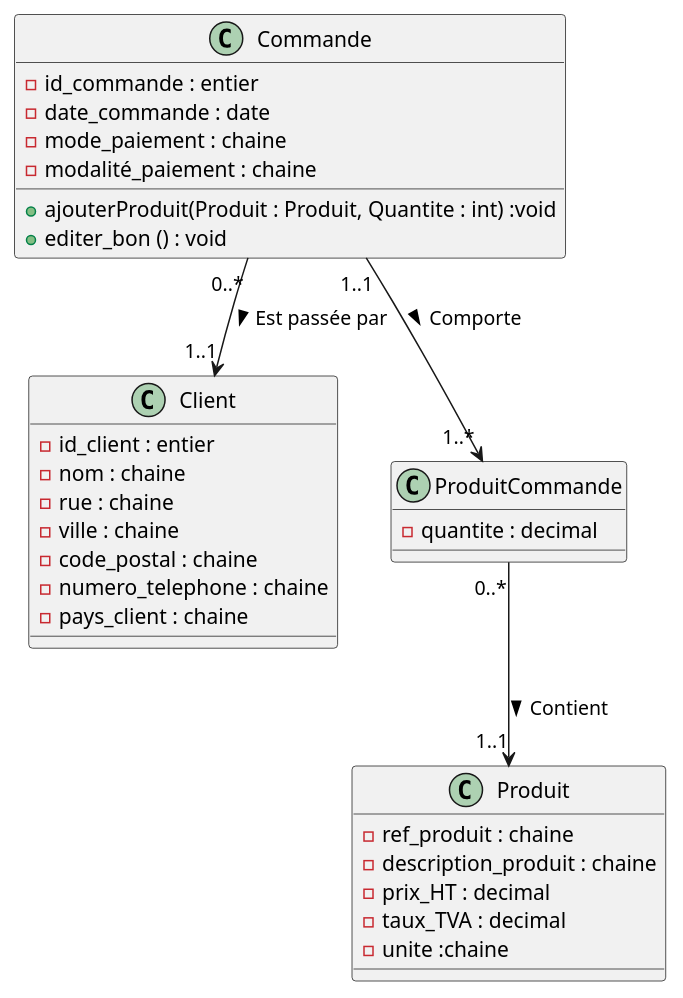
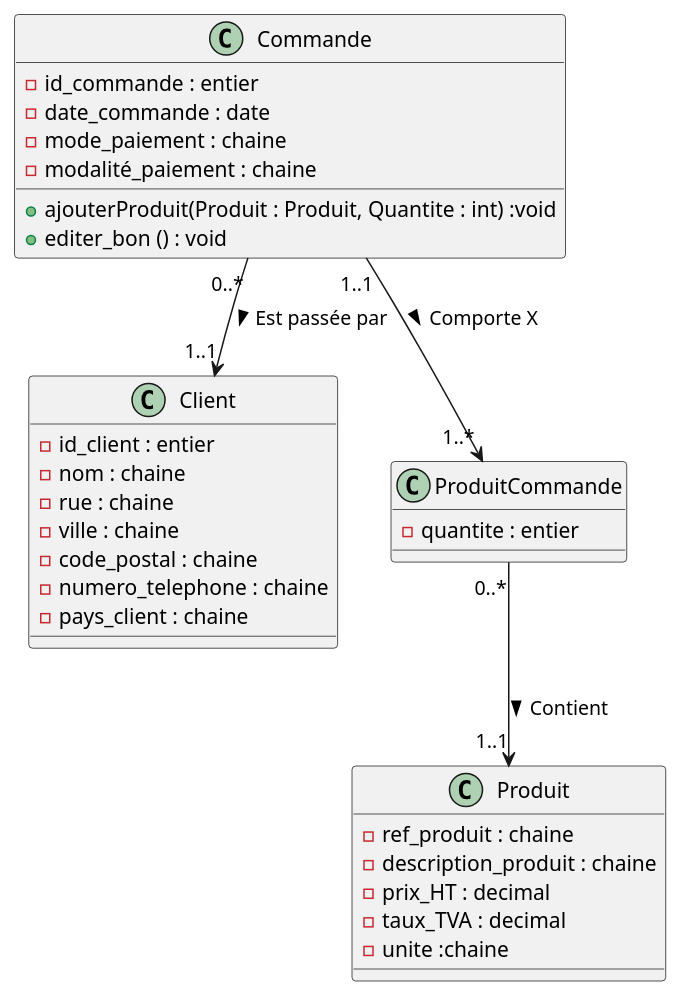
One commit to SNEAXIII/Exos_PHP changed the diagram in php-projet/poo/bon de commande/model/diagram/diagram.puml. Above: the diagram before and after it, drawn with PlantUML. The commit also changed 8 other files, not shown here.

```diff
--- a/php-projet/poo/bon de commande/model/diagram/diagram.puml
+++ b/php-projet/poo/bon de commande/model/diagram/diagram.puml
@@ -1,38 +1,38 @@
 @startuml
 'https://plantuml.com/class-diagram
 
 class Client {
     -id_client : entier
     -nom : chaine
     -rue : chaine
     -ville : chaine
     -code_postal : chaine
     -numero_telephone : chaine
     -pays_client : chaine
 }
 
 class Produit{
      -ref_produit : chaine
      -description_produit : chaine
      -prix_HT : decimal
      -taux_TVA : decimal
      -unite :chaine
  }
 
 class Commande {
     -id_commande : entier
     -date_commande : date
     -mode_paiement : chaine
     -modalité_paiement : chaine
     +ajouterProduit(Produit : Produit, Quantite : int) :void
     +editer_bon () : void
 }
 
 class ProduitCommande{
--quantite : decimal
+-quantite : entier
 }
 
-Commande "1..1" --> "1..*" ProduitCommande : Comporte >
+Commande "1..1" --> "1..*" ProduitCommande : Comporte X >
 Commande "0..*" --> "1..1" Client: Est passée par >
 ProduitCommande "0..*" --> "1..1" Produit : Contient >
 @enduml
```
